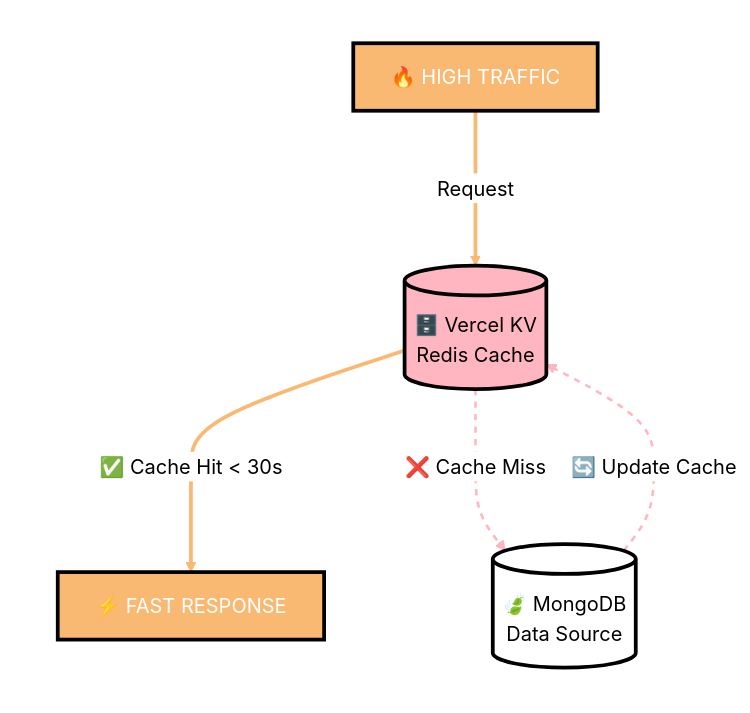
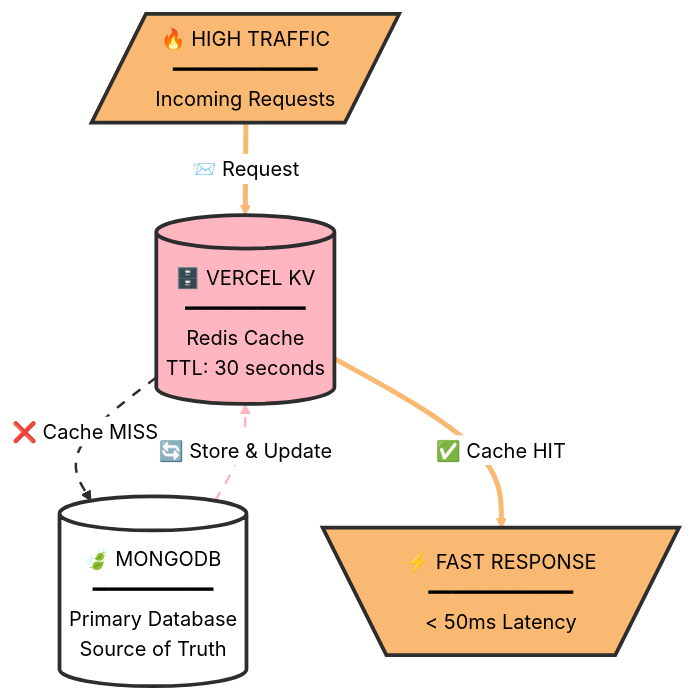
One commit to SujalAgrawal08/SahayakX changed the second of 2 diagrams in README.md. Above: the diagram before and after it, drawn with Mermaid (neutral theme).

````diff
--- a/README.md
+++ b/README.md
@@ -223,38 +223,25 @@
 ```mermaid
 flowchart TD
-    subgraph INPUT[" "]
-        A[🔥 HIGH TRAFFIC]
-    end
+    A[/"🔥 HIGH TRAFFIC<br/>━━━━━━━━━━━━<br/>Incoming Requests"/]
     
-    subgraph CACHE[" "]
-        B[(🗄️ Vercel KV<br/>Redis Cache)]
-    end
+    B[(🗄️ VERCEL KV<br/>━━━━━━━━━━<br/>Redis Cache<br/>TTL: 30 seconds)]
     
-    subgraph DATABASE[" "]
-        C[(🍃 MongoDB<br/>Data Source)]
-    end
+    C[(🍃 MONGODB<br/>━━━━━━━━━━<br/>Primary Database<br/>Source of Truth)]
     
-    subgraph OUTPUT[" "]
-        D[⚡ FAST RESPONSE]
-    end
+    D[\"⚡ FAST RESPONSE<br/>━━━━━━━━━━━━<br/>< 50ms Latency"/]
 
-    A ==>|"Request"| B
-    B -.->|"❌ Cache Miss"| C
-    C -.->|"🔄 Update Cache"| B
-    B ==>|"✅ Cache Hit < 30s"| D
+    A ==>|"📨 Request"| B
+    B -.->|"❌ Cache MISS"| C
+    C -.->|"🔄 Store & Update"| B
+    B ==>|"✅ Cache HIT"| D
 
-    style A fill:#FAB972,stroke:#000000,color:#FFFFFF,stroke-width:3px
-    style B fill:#FFB6C1,stroke:#000000,color:#000000,stroke-width:3px
-    style C fill:#FFFFFF,stroke:#000000,color:#000000,stroke-width:3px
-    style D fill:#FAB972,stroke:#000000,color:#FFFFFF,stroke-width:3px
-    
-    style INPUT fill:none,stroke:none
-    style CACHE fill:none,stroke:none
-    style DATABASE fill:none,stroke:none
-    style OUTPUT fill:none,stroke:none
+    style A fill:#FAB972,stroke:#2d2d2d,color:#000000,stroke-width:3px
+    style B fill:#FFB6C1,stroke:#2d2d2d,color:#000000,stroke-width:3px
+    style C fill:#FFFFFF,stroke:#2d2d2d,color:#000000,stroke-width:3px
+    style D fill:#FAB972,stroke:#2d2d2d,color:#000000,stroke-width:3px
 
-    linkStyle 0 stroke:#FAB972,stroke-width:3px
-    linkStyle 1 stroke:#FFB6C1,stroke-width:2px,stroke-dasharray:5
-    linkStyle 2 stroke:#FFB6C1,stroke-width:2px,stroke-dasharray:5
-    linkStyle 3 stroke:#FAB972,stroke-width:3px
+    linkStyle 0 stroke:#FAB972,stroke-width:4px
+    linkStyle 1 stroke:#2d2d2d,stroke-width:2px,stroke-dasharray:8
+    linkStyle 2 stroke:#FFB6C1,stroke-width:2px,stroke-dasharray:8
+    linkStyle 3 stroke:#FAB972,stroke-width:4px
 ```
````
